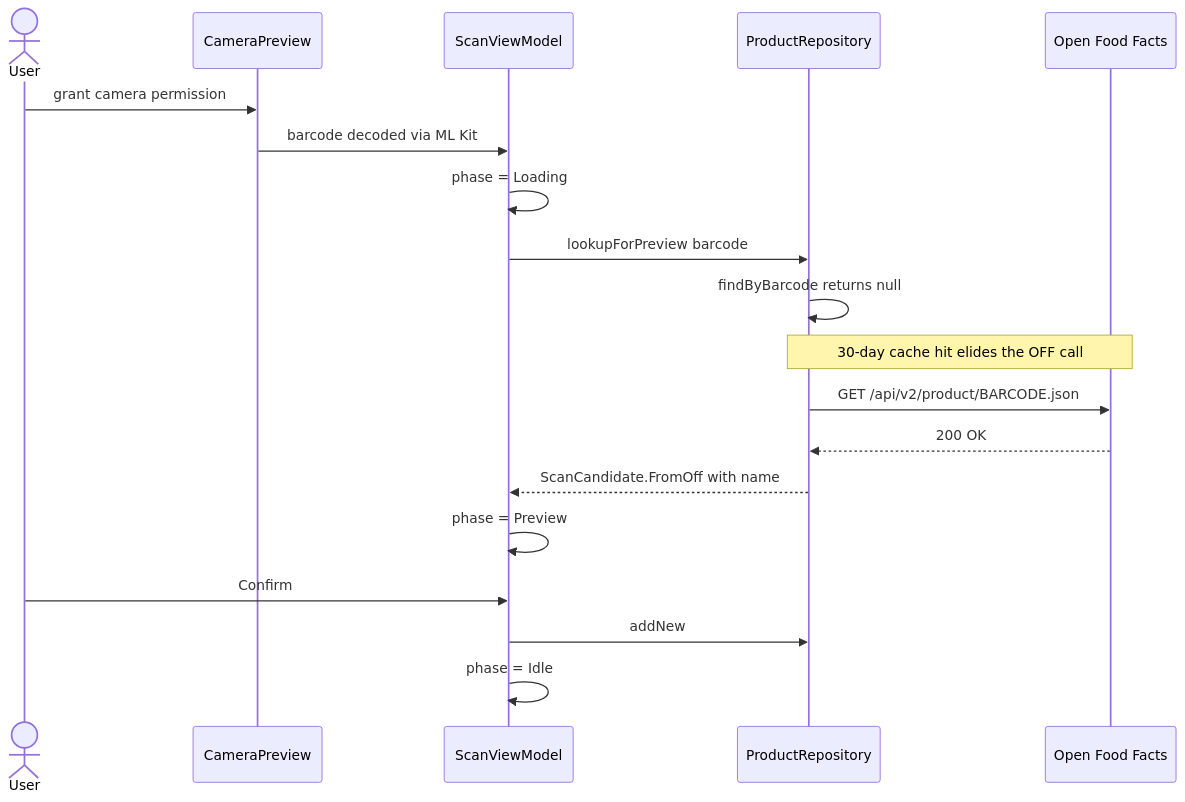
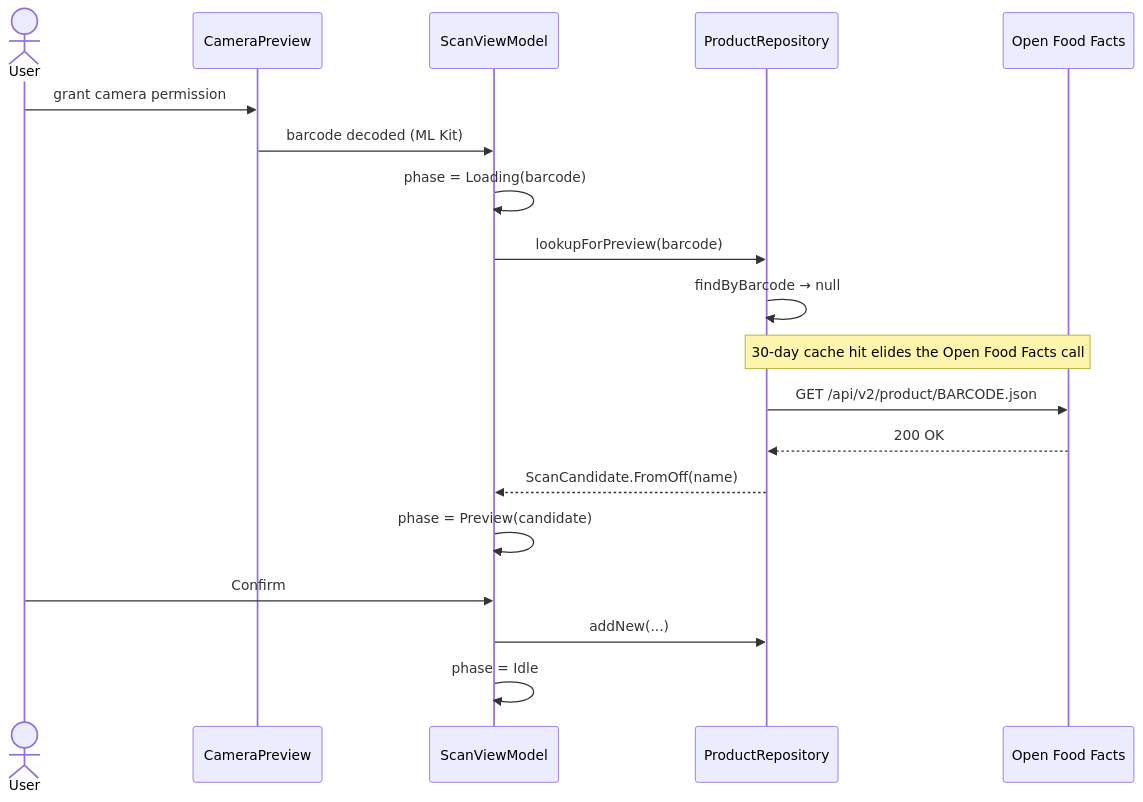
The first of 5 diagrams in docs/architecture/06-runtime-view.md (DocGerd/pantry-tracker), drawn with Mermaid before and after one commit. The commit also changed other lines of this file, not shown here.

First line of the commit message:
docs(223): restore rich method(args) labels in 06 sequence diagrams

````diff
--- a/docs/architecture/06-runtime-view.md
+++ b/docs/architecture/06-runtime-view.md
@@ -8,21 +8,21 @@
 ```mermaid
 sequenceDiagram
     actor User
     participant CP as CameraPreview
     participant VM as ScanViewModel
     participant Repo as ProductRepository
     participant OFFApi as Open Food Facts
     User->>CP: grant camera permission
-    CP->>VM: barcode decoded via ML Kit
-    VM->>VM: phase = Loading
-    VM->>Repo: lookupForPreview barcode
-    Repo->>Repo: findByBarcode returns null
-    Note over Repo,OFFApi: 30-day cache hit elides the OFF call
+    CP->>VM: barcode decoded (ML Kit)
+    VM->>VM: phase = Loading(barcode)
+    VM->>Repo: lookupForPreview(barcode)
+    Repo->>Repo: findByBarcode → null
+    Note over Repo,OFFApi: 30-day cache hit elides the Open Food Facts call
     Repo->>OFFApi: GET /api/v2/product/BARCODE.json
     OFFApi-->>Repo: 200 OK
-    Repo-->>VM: ScanCandidate.FromOff with name
-    VM->>VM: phase = Preview
+    Repo-->>VM: ScanCandidate.FromOff(name)
+    VM->>VM: phase = Preview(candidate)
     User->>VM: Confirm
-    VM->>Repo: addNew
+    VM->>Repo: addNew(...)
     VM->>VM: phase = Idle
 ```
````
